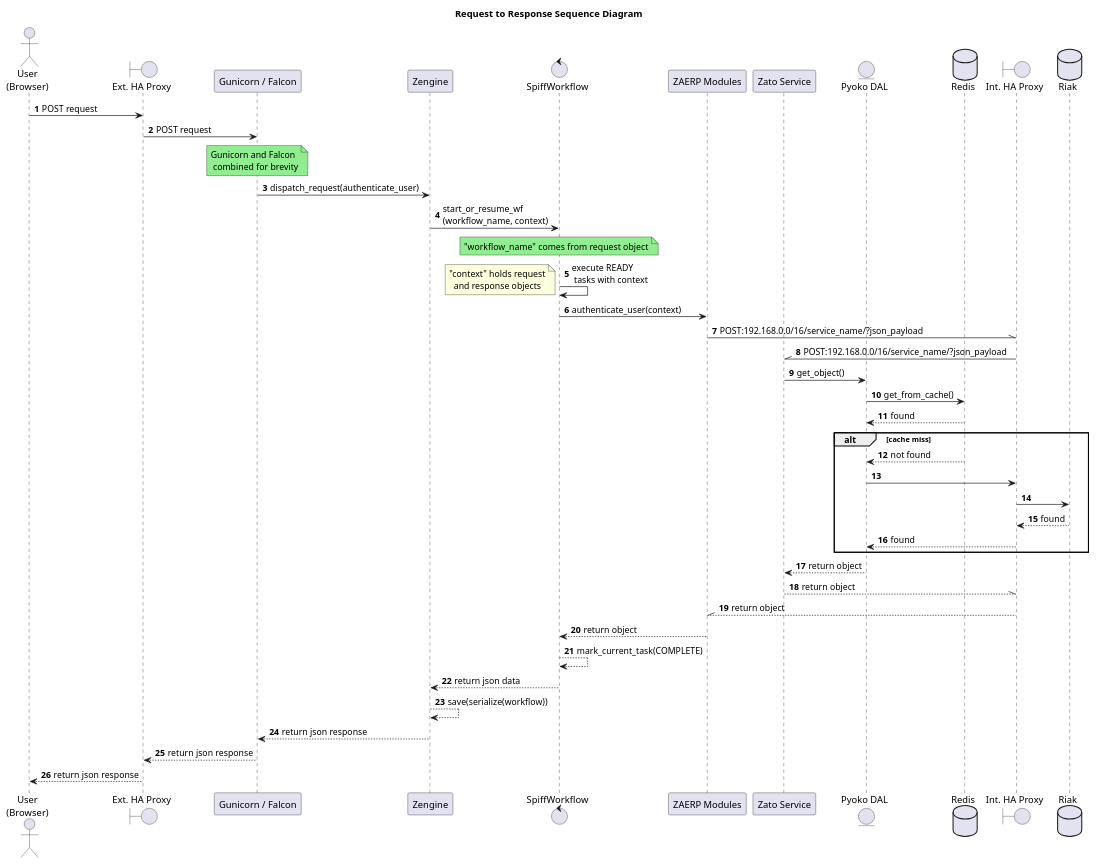
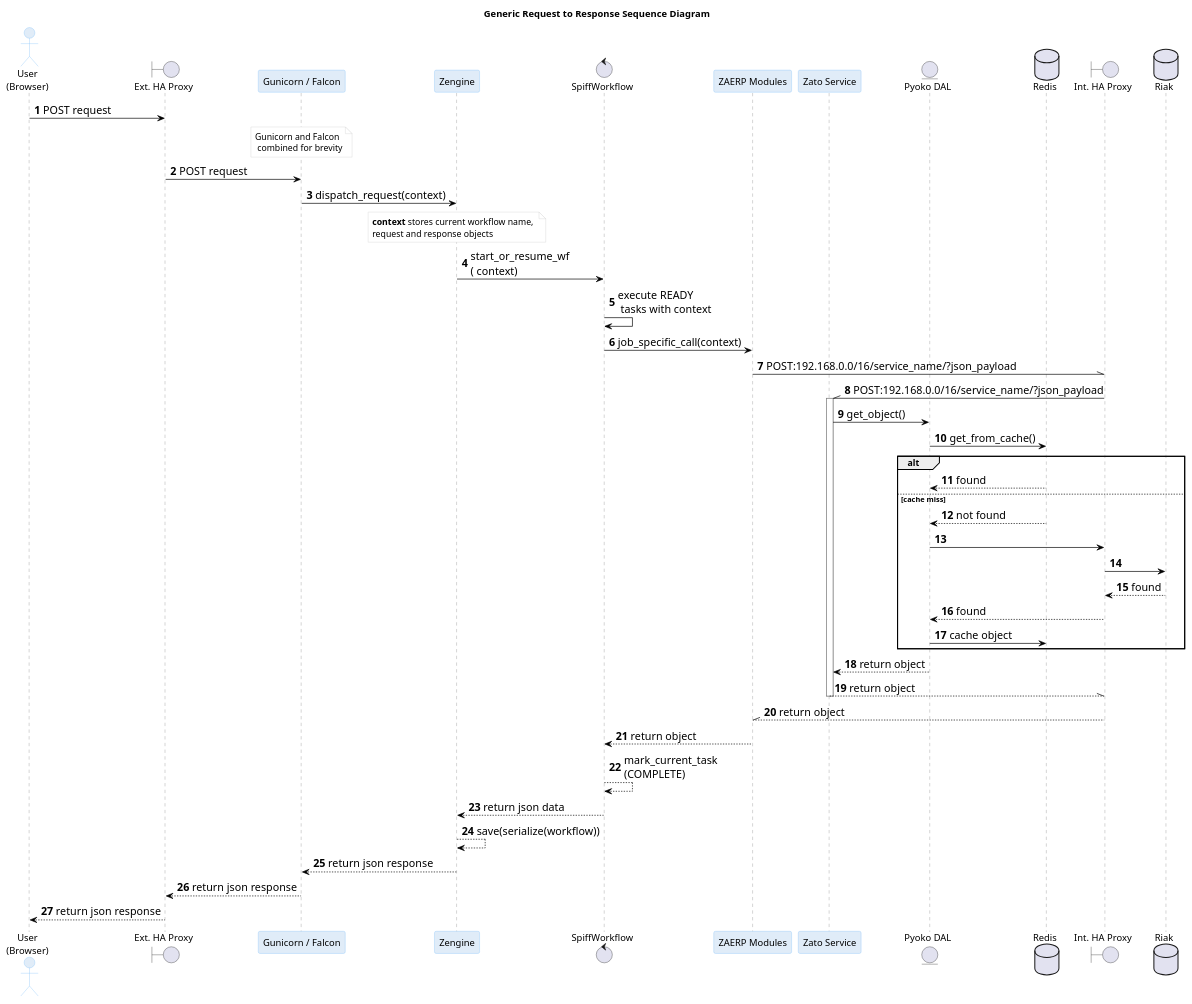
One commit to zetaops/ulakbus changed the diagram in docs/diagrams/generic_with_zato.puml. Above: the diagram before and after it, drawn with PlantUML. The commit also changed 4 other files, not shown here.

Commit message:
more diagram work

```diff
--- a/docs/diagrams/generic_with_zato.puml
+++ b/docs/diagrams/generic_with_zato.puml
@@ -1,71 +1,87 @@
 @startuml
 autonumber
 
-title Request to Response Sequence Diagram
+title Generic Request to Response Sequence Diagram
+
+'skinparam defaultFontSize 16
+skinparam sequenceArrowFontSize 16
+skinparam NoteBackgroundColor #ffffff
+skinparam NoteBorderColor #cccccc
+skinparam sequenceArrowColor #black
+skinparam sequenceLifeLineBorderColor #gray
+skinparam actorBackgroundColor #E0ECF8
+skinparam actorBorderColor #81BEF7
+skinparam participantBackgroundColor #E0ECF8
+skinparam participantBorderColor #81BEF7
+
 
 actor "User\n(Browser)" as brw
 boundary "Ext. HA Proxy" as ehp
 participant "Gunicorn / Falcon" as fal
 participant "Zengine" as zen
 control "SpiffWorkflow" as wfe
 participant "ZAERP Modules" as modls
 participant "Zato Service" as zato
 entity "Pyoko DAL" as pyoko
 database "Redis" as c
 boundary "Int. HA Proxy" as ihp
 database "Riak" as riak
 
 
 brw -> ehp: POST request
+note over fal: Gunicorn and Falcon\n combined for brevity
 
 ehp -> fal : POST request
-note over fal #lightgreen : Gunicorn and Falcon\n combined for brevity
 
-fal -> zen :dispatch_request(authenticate_user)
+fal -> zen :dispatch_request(context)
+note over zen : <b>context</b> stores current workflow name, \nrequest and response objects
 
-zen -> wfe :start_or_resume_wf\n(workflow_name, context)
-note over wfe #lightgreen : "workflow_name" comes from request object
+zen -> wfe :start_or_resume_wf\n( context)
 
 wfe -> wfe :execute READY \n tasks with context
 
-note left : "context" holds request\n  and response objects
 
-wfe -> modls :authenticate_user(context)
+wfe -> modls :job_specific_call(context)
 
 
 modls -\\ ihp : POST:192.168.0.0/16/service_name/?json_payload
 
 ihp -\\ zato : POST:192.168.0.0/16/service_name/?json_payload
-
+activate zato
 zato -> pyoko  : get_object()
 
 pyoko -> c : get_from_cache()
+
+alt
 pyoko <--  c: found
-alt cache miss
+else cache miss
+
 pyoko <--  c: not found
 pyoko -> ihp
 ihp -> riak
 ihp <-- riak: found
 pyoko <-- ihp : found
+pyoko -> c: cache object
+
 end
 
 zato <-- pyoko : return object
 
 ihp //-- zato : return object
-
+deactivate zato
 modls //-- ihp : return object
 
 wfe <-- modls  : return object
 
-wfe --> wfe  : mark_current_task(COMPLETE)
+wfe --> wfe  : mark_current_task\n(COMPLETE)
 
 
 zen <--  wfe: return json data
 zen --> zen : save(serialize(workflow))
 fal <--  zen : return json response
 
 ehp <-- fal  : return json response
 
 brw <-- ehp : return json response
 
 @enduml
```
